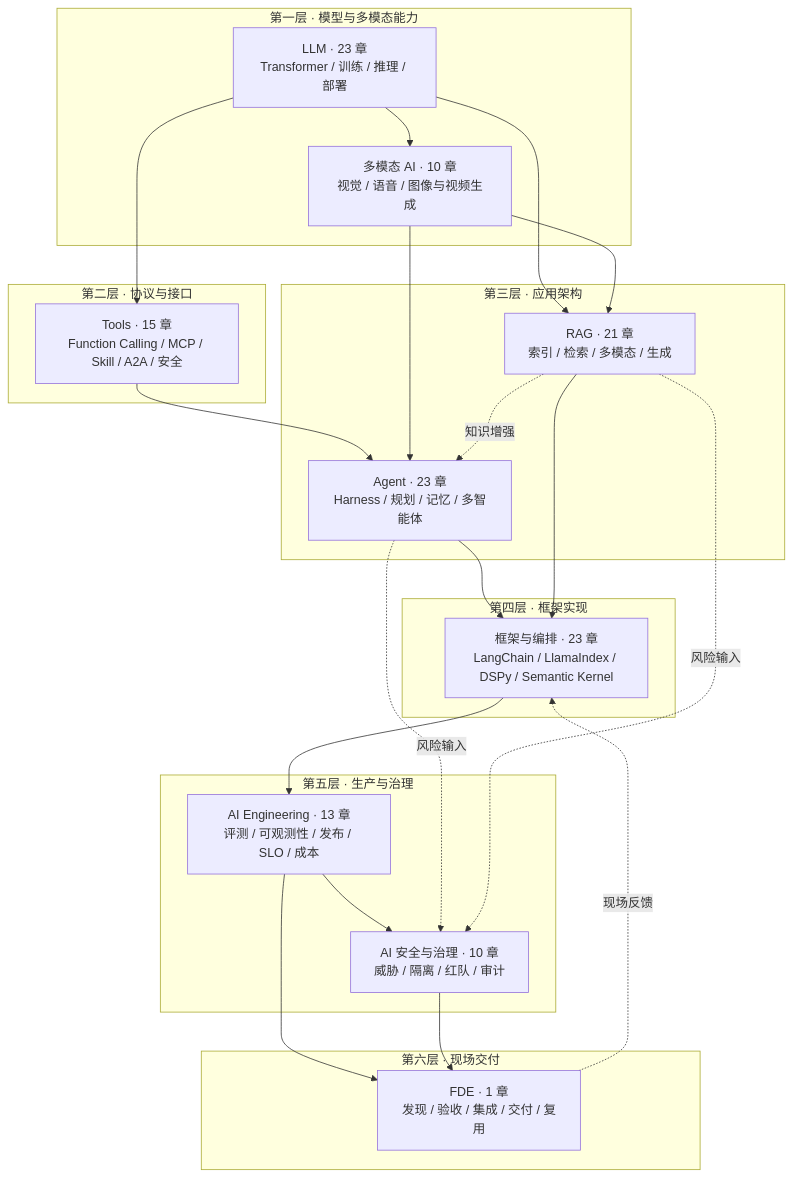
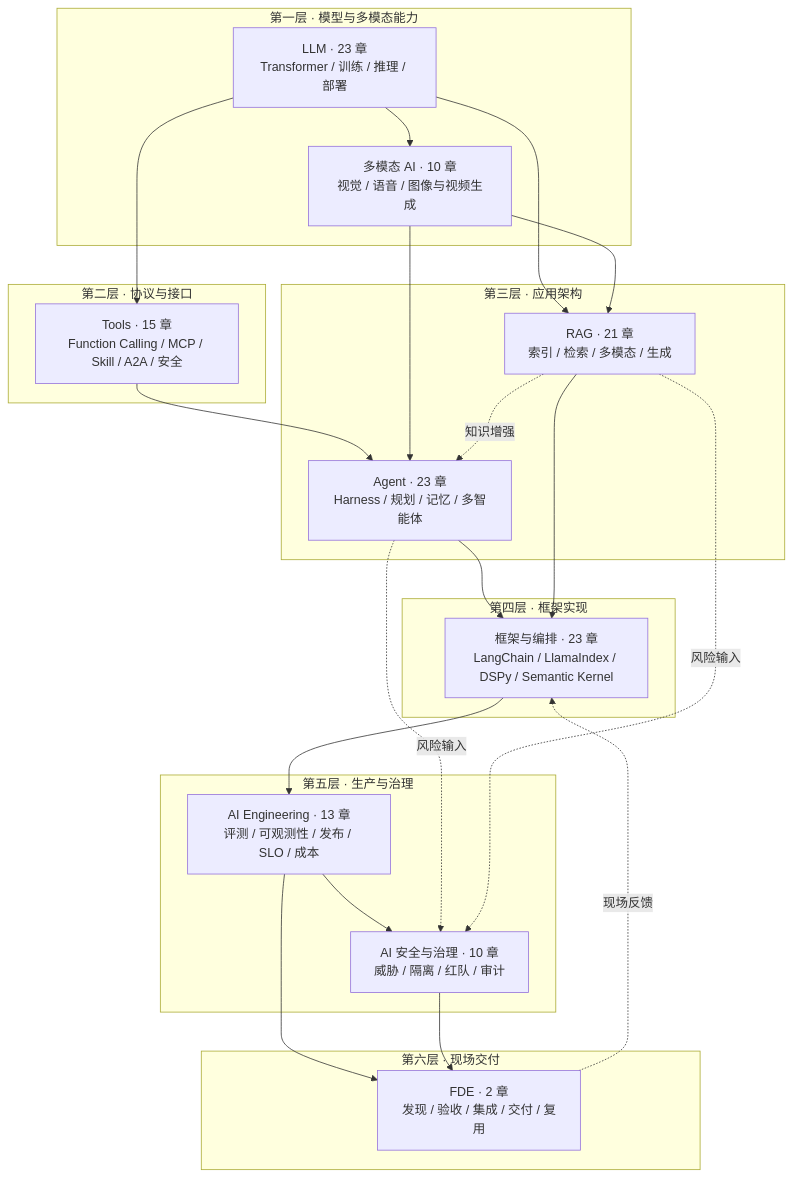
The diagram in README.md (oneleaveknowsthefall/awesome-ai-roadmap), drawn with Mermaid before and after one commit. The commit also changed other lines of this file and 6 other files, not shown here.

````diff
--- a/README.md
+++ b/README.md
@@ -15,46 +15,46 @@
 ```mermaid
 flowchart TB
     subgraph L1["第一层 · 模型与多模态能力"]
         LLM["LLM · 23 章<br/>Transformer / 训练 / 推理 / 部署"]
         MM["多模态 AI · 10 章<br/>视觉 / 语音 / 图像与视频生成"]
     end
 
     subgraph L2["第二层 · 协议与接口"]
         TOOLS["Tools · 15 章<br/>Function Calling / MCP / Skill / A2A / 安全"]
     end
 
     subgraph L3["第三层 · 应用架构"]
         AGENT["Agent · 23 章<br/>Harness / 规划 / 记忆 / 多智能体"]
         RAG["RAG · 21 章<br/>索引 / 检索 / 多模态 / 生成"]
     end
 
     subgraph L4["第四层 · 框架实现"]
         FW["框架与编排 · 23 章<br/>LangChain / LlamaIndex / DSPy / Semantic Kernel"]
     end
 
     subgraph L5["第五层 · 生产与治理"]
         ENG["AI Engineering · 13 章<br/>评测 / 可观测性 / 发布 / SLO / 成本"]
         SAFE["AI 安全与治理 · 10 章<br/>威胁 / 隔离 / 红队 / 审计"]
     end
 
     subgraph L6["第六层 · 现场交付"]
-        FDE["FDE · 1 章<br/>发现 / 验收 / 集成 / 交付 / 复用"]
+        FDE["FDE · 2 章<br/>发现 / 验收 / 集成 / 交付 / 复用"]
     end
 
     LLM --> MM
     LLM --> TOOLS
     TOOLS --> AGENT
     LLM --> RAG
     MM --> AGENT
     MM --> RAG
     AGENT --> FW
     RAG --> FW
     FW --> ENG
     ENG --> SAFE
     ENG --> FDE
     SAFE --> FDE
     FDE -.现场反馈.-> FW
     AGENT -.风险输入.-> SAFE
     RAG -.风险输入.-> SAFE
     RAG -.知识增强.-> AGENT
 ```
````
